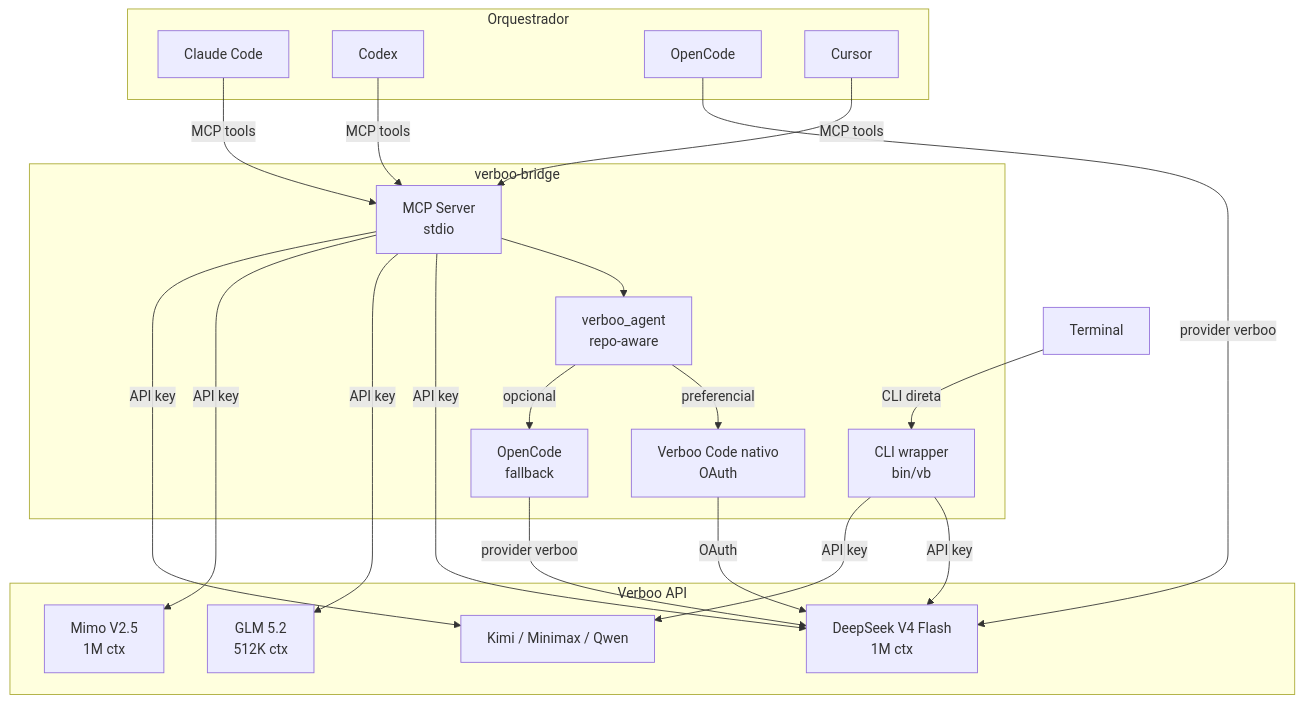
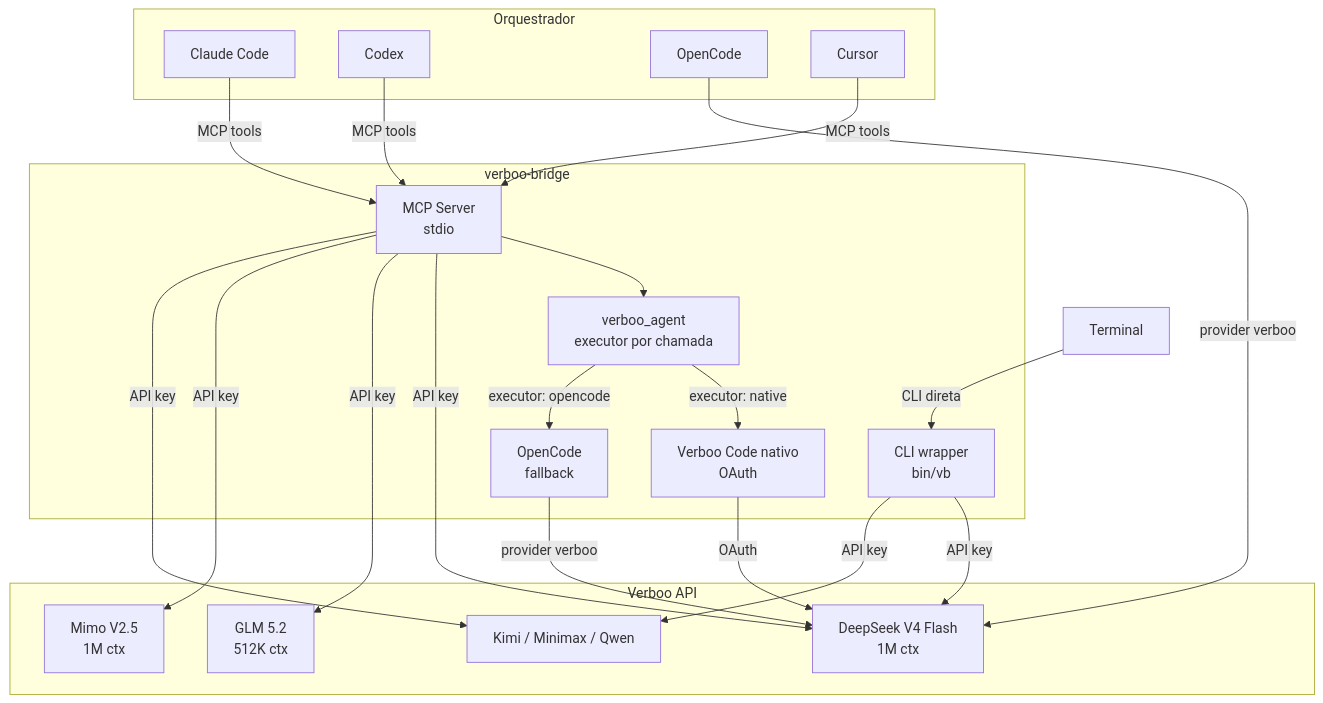
Before and after one commit to nikolasdehor/verboo-bridge: the first of 2 diagrams in README.md, drawn with Mermaid. The commit also changed other lines of this file and 7 other files, not shown here.

Commit message:
feat: allow per-call agent executor selection

````diff
--- a/README.md
+++ b/README.md
@@ -18,42 +18,42 @@
 ```mermaid
 graph TB
     subgraph "Orquestrador"
         CLAUDE[Claude Code]
         CODEX[Codex]
         OPENCODE[OpenCode]
         CURSOR[Cursor]
     end
 
     subgraph "verboo-bridge"
         MCP[MCP Server<br/>stdio]
         CLI[CLI wrapper<br/>bin/vb]
-        AGENT[verboo_agent<br/>repo-aware]
+        AGENT[verboo_agent<br/>executor por chamada]
         NATIVE[Verboo Code nativo<br/>OAuth]
         HARNESS[OpenCode<br/>fallback]
     end
 
     subgraph "Verboo API"
         DS[DeepSeek V4 Flash<br/>1M ctx]
         GLM[GLM 5.2<br/>512K ctx]
         MIMO[Mimo V2.5<br/>1M ctx]
         OUTROS[Kimi / Minimax / Qwen]
     end
 
     CLAUDE -->|MCP tools| MCP
     CODEX -->|MCP tools| MCP
     CURSOR -->|MCP tools| MCP
     Terminal -->|CLI direta| CLI
 
     MCP --> AGENT
-    AGENT -->|preferencial| NATIVE
-    AGENT -->|opcional| HARNESS
+    AGENT -->|executor: native| NATIVE
+    AGENT -->|executor: opencode| HARNESS
     NATIVE -->|OAuth| DS
     HARNESS -->|provider verboo| DS
     OPENCODE -->|provider verboo| DS
     MCP -->|API key| DS
     MCP -->|API key| GLM
     MCP -->|API key| MIMO
     MCP -->|API key| OUTROS
     CLI -->|API key| DS
     CLI -->|API key| OUTROS
 ```
````
